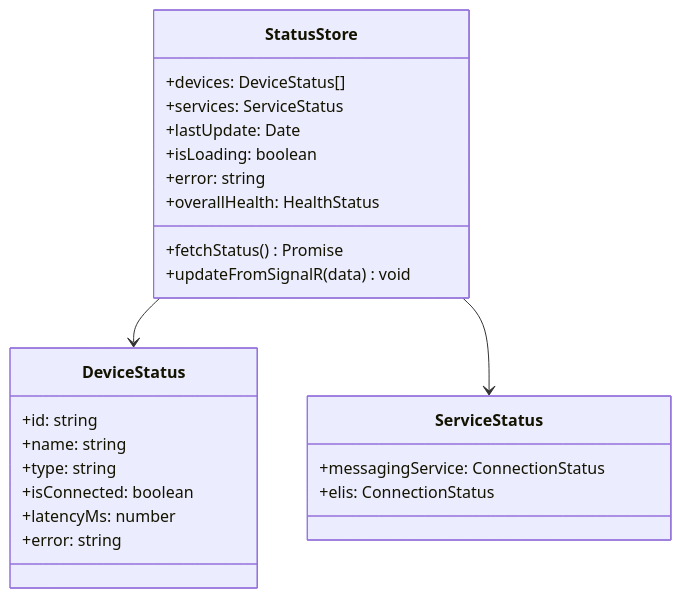
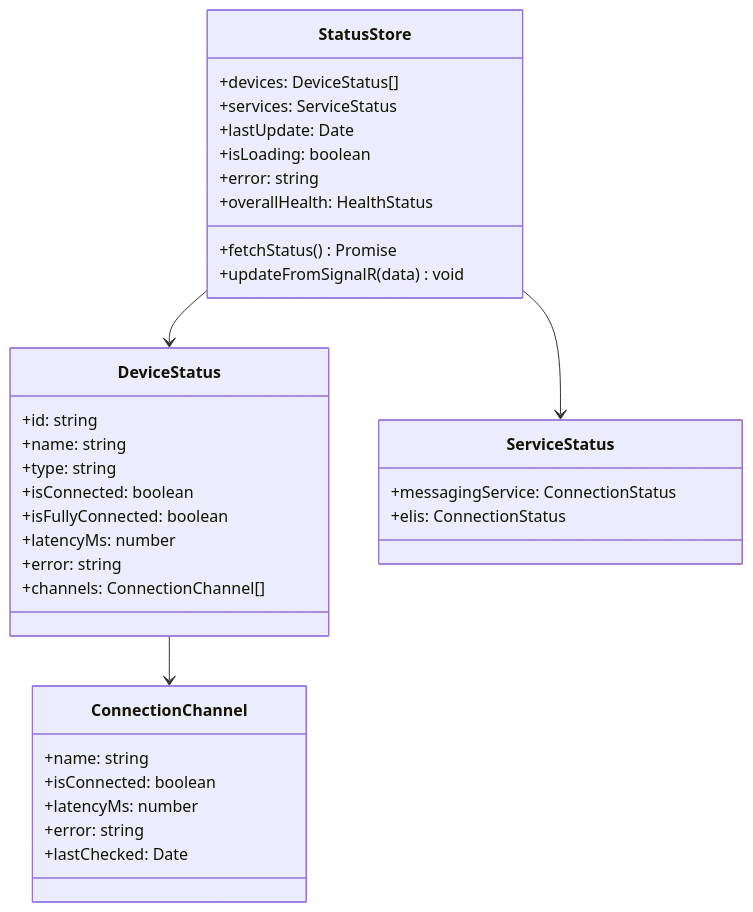
One commit to tn-ivk/tn-doc changed the third of 13 diagrams in docs/architecture/statusbar.md. Above: the diagram before and after it, drawn with Mermaid. The commit also changed other lines of this file and 4 other files, not shown here.

````diff
--- a/docs/architecture/statusbar.md
+++ b/docs/architecture/statusbar.md
@@ -93,30 +93,41 @@
 ```mermaid
 classDiagram
     class StatusStore {
         +devices: DeviceStatus[]
         +services: ServiceStatus
         +lastUpdate: Date
         +isLoading: boolean
         +error: string
         +fetchStatus() Promise
         +updateFromSignalR(data) void
         +overallHealth: HealthStatus
     }
 
+    class ConnectionChannel {
+        +name: string
+        +isConnected: boolean
+        +latencyMs: number
+        +error: string
+        +lastChecked: Date
+    }
+
     class DeviceStatus {
         +id: string
         +name: string
         +type: string
         +isConnected: boolean
+        +isFullyConnected: boolean
         +latencyMs: number
         +error: string
+        +channels: ConnectionChannel[]
     }
 
     class ServiceStatus {
         +messagingService: ConnectionStatus
         +elis: ConnectionStatus
     }
 
     StatusStore --> DeviceStatus
     StatusStore --> ServiceStatus
+    DeviceStatus --> ConnectionChannel
 ```
````
